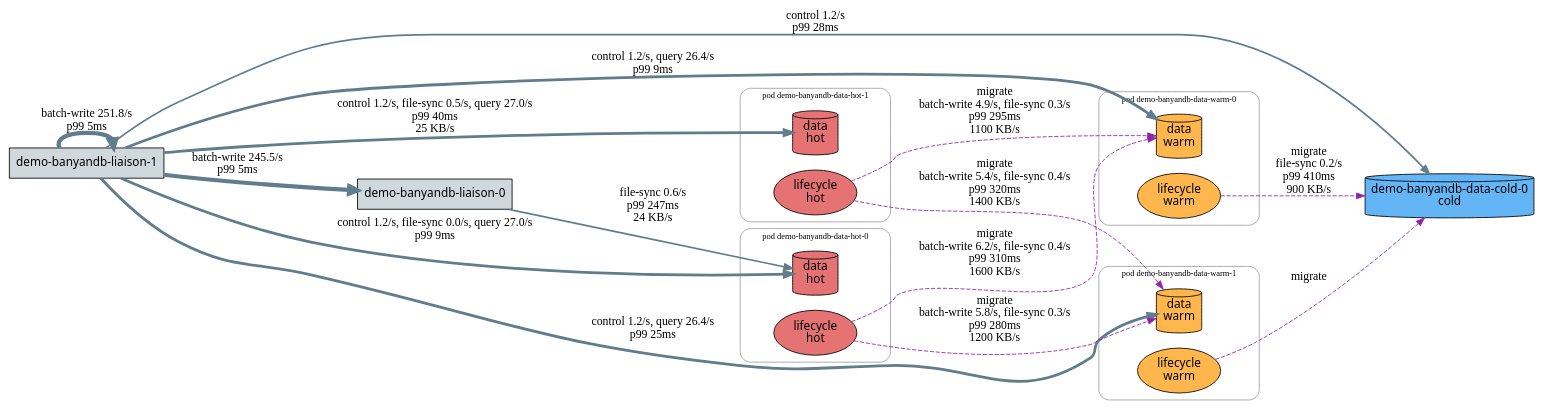
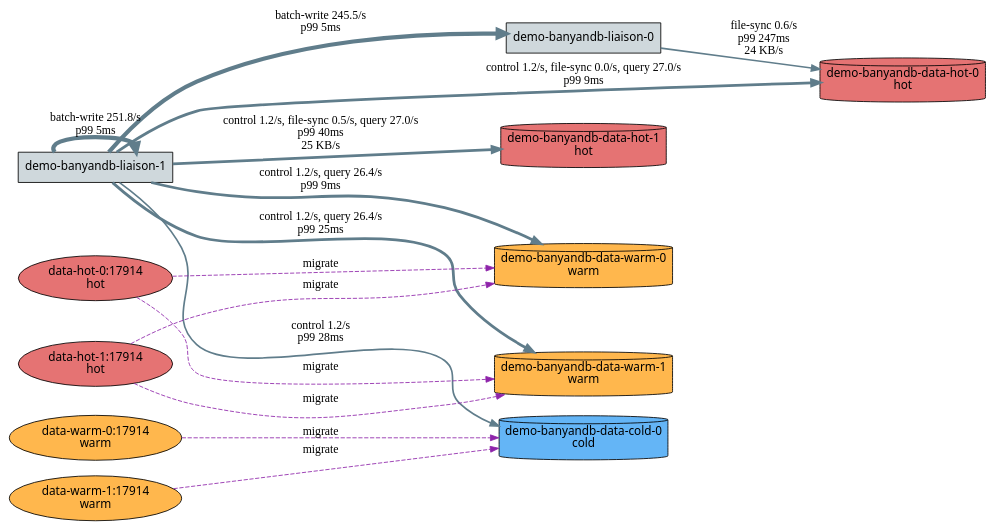
Before and after one commit to apache/skywalking-banyandb: the first of 2 diagrams in docs/operation/fodc/topology.md, drawn with Graphviz. The commit also changed other lines of this file and 35 other files, not shown here.

````diff
--- a/docs/operation/fodc/topology.md
+++ b/docs/operation/fodc/topology.md
@@ -201,43 +180,31 @@
 ```dot
 digraph banyandb_topology {
   rankdir=LR;
   node [style=filled, fontname="sans"];
   "liaison-0:18912"   [label="demo-banyandb-liaison-0", shape=box, fillcolor="#cfd8dc"];
   "liaison-1:18912"   [label="demo-banyandb-liaison-1", shape=box, fillcolor="#cfd8dc"];
-  subgraph "cluster_data-hot-0" {
-    label="pod demo-banyandb-data-hot-0"; style=rounded; color="#9e9e9e"; fontsize=10;
-    "data-hot-0:17912" [label="data\nhot", shape=cylinder, fillcolor="#e57373"];
-    "data-hot-0:17914" [label="lifecycle\nhot", shape=ellipse, fillcolor="#e57373"];
-  }
-  subgraph "cluster_data-hot-1" {
-    label="pod demo-banyandb-data-hot-1"; style=rounded; color="#9e9e9e"; fontsize=10;
-    "data-hot-1:17912" [label="data\nhot", shape=cylinder, fillcolor="#e57373"];
-    "data-hot-1:17914" [label="lifecycle\nhot", shape=ellipse, fillcolor="#e57373"];
-  }
-  subgraph "cluster_data-warm-0" {
-    label="pod demo-banyandb-data-warm-0"; style=rounded; color="#9e9e9e"; fontsize=10;
-    "data-warm-0:17912" [label="data\nwarm", shape=cylinder, fillcolor="#ffb74d"];
-    "data-warm-0:17914" [label="lifecycle\nwarm", shape=ellipse, fillcolor="#ffb74d"];
-  }
-  subgraph "cluster_data-warm-1" {
-    label="pod demo-banyandb-data-warm-1"; style=rounded; color="#9e9e9e"; fontsize=10;
-    "data-warm-1:17912" [label="data\nwarm", shape=cylinder, fillcolor="#ffb74d"];
-    "data-warm-1:17914" [label="lifecycle\nwarm", shape=ellipse, fillcolor="#ffb74d"];
-  }
+  "data-hot-0:17912"  [label="demo-banyandb-data-hot-0\nhot",  shape=cylinder, fillcolor="#e57373"];
+  "data-hot-1:17912"  [label="demo-banyandb-data-hot-1\nhot",  shape=cylinder, fillcolor="#e57373"];
+  "data-warm-0:17912" [label="demo-banyandb-data-warm-0\nwarm", shape=cylinder, fillcolor="#ffb74d"];
+  "data-warm-1:17912" [label="demo-banyandb-data-warm-1\nwarm", shape=cylinder, fillcolor="#ffb74d"];
   "data-cold-0:17912" [label="demo-banyandb-data-cold-0\ncold", shape=cylinder, fillcolor="#64b5f6"];
+  "data-hot-0:17914"  [label="data-hot-0:17914\nhot",  shape=ellipse, fillcolor="#e57373"];
+  "data-hot-1:17914"  [label="data-hot-1:17914\nhot",  shape=ellipse, fillcolor="#e57373"];
+  "data-warm-0:17914" [label="data-warm-0:17914\nwarm", shape=ellipse, fillcolor="#ffb74d"];
+  "data-warm-1:17914" [label="data-warm-1:17914\nwarm", shape=ellipse, fillcolor="#ffb74d"];
   "liaison-0:18912" -> "data-hot-0:17912" [label="file-sync 0.6/s\np99 247ms\n24 KB/s", color="#607d8b", penwidth=1.9];
   "liaison-1:18912" -> "data-hot-1:17912" [label="control 1.2/s, file-sync 0.5/s, query 27.0/s\np99 40ms\n25 KB/s", color="#607d8b", penwidth=3.3];
   "liaison-1:18912" -> "data-hot-0:17912" [label="control 1.2/s, file-sync 0.0/s, query 27.0/s\np99 9ms", color="#607d8b", penwidth=3.3];
   "liaison-1:18912" -> "liaison-0:18912"  [label="batch-write 245.5/s\np99 5ms", color="#607d8b", penwidth=5.0];
   "liaison-1:18912" -> "liaison-1:18912"  [label="batch-write 251.8/s\np99 5ms", color="#607d8b", penwidth=5.0];
   "liaison-1:18912" -> "data-warm-0:17912" [label="control 1.2/s, query 26.4/s\np99 9ms", color="#607d8b", penwidth=3.3];
   "liaison-1:18912" -> "data-warm-1:17912" [label="control 1.2/s, query 26.4/s\np99 25ms", color="#607d8b", penwidth=3.3];
   "liaison-1:18912" -> "data-cold-0:17912" [label="control 1.2/s\np99 28ms", color="#607d8b", penwidth=2.0];
-  "data-hot-0:17914"  -> "data-warm-0:17912" [label="migrate\nbatch-write 6.2/s, file-sync 0.4/s\np99 310ms\n1600 KB/s", style=dashed, color="#8e24aa"];
-  "data-hot-0:17914"  -> "data-warm-1:17912" [label="migrate\nbatch-write 5.8/s, file-sync 0.3/s\np99 280ms\n1200 KB/s", style=dashed, color="#8e24aa"];
-  "data-hot-1:17914"  -> "data-warm-0:17912" [label="migrate\nbatch-write 4.9/s, file-sync 0.3/s\np99 295ms\n1100 KB/s", style=dashed, color="#8e24aa"];
-  "data-hot-1:17914"  -> "data-warm-1:17912" [label="migrate\nbatch-write 5.4/s, file-sync 0.4/s\np99 320ms\n1400 KB/s", style=dashed, color="#8e24aa"];
-  "data-warm-0:17914" -> "data-cold-0:17912" [label="migrate\nfile-sync 0.2/s\np99 410ms\n900 KB/s", style=dashed, color="#8e24aa"];
+  "data-hot-0:17914"  -> "data-warm-0:17912" [label="migrate", style=dashed, color="#8e24aa"];
+  "data-hot-0:17914"  -> "data-warm-1:17912" [label="migrate", style=dashed, color="#8e24aa"];
+  "data-hot-1:17914"  -> "data-warm-0:17912" [label="migrate", style=dashed, color="#8e24aa"];
+  "data-hot-1:17914"  -> "data-warm-1:17912" [label="migrate", style=dashed, color="#8e24aa"];
+  "data-warm-0:17914" -> "data-cold-0:17912" [label="migrate", style=dashed, color="#8e24aa"];
   "data-warm-1:17914" -> "data-cold-0:17912" [label="migrate", style=dashed, color="#8e24aa"];
 }
 ```
````
